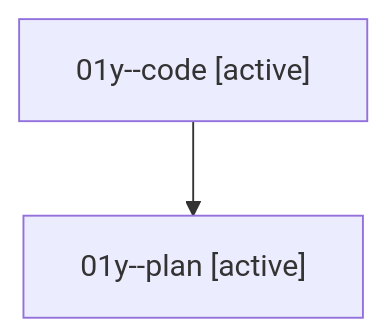
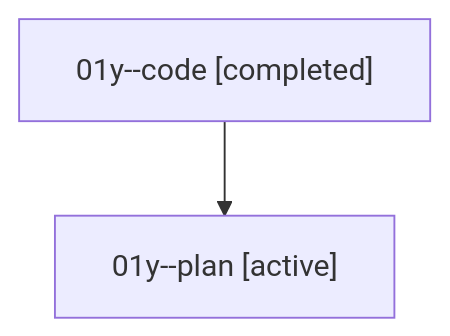
The diagram in families/bbugyi200.athena.01y.md (sase-org/sase--agents), drawn with Mermaid before and after one commit. The commit also changed other lines of this file and 35830 other files, not shown here.

````diff
--- a/families/bbugyi200.athena.01y.md
+++ b/families/bbugyi200.athena.01y.md
@@ -9,6 +9,6 @@
 ```mermaid
 flowchart TD
-  n0["01y--code [active]"]
+  n0["01y--code [completed]"]
   n1["01y--plan [active]"]
   n0 --> n1
 ```
````
